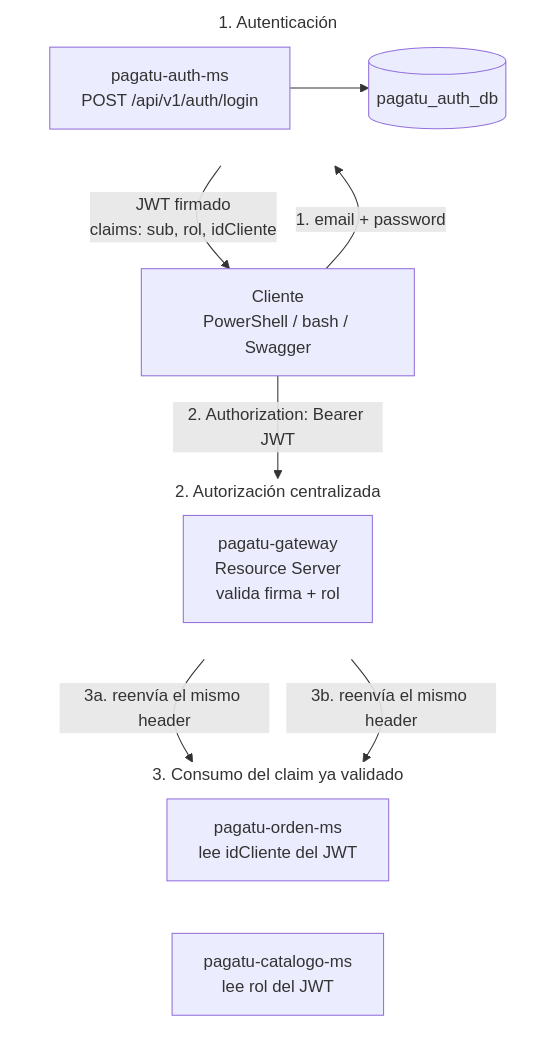
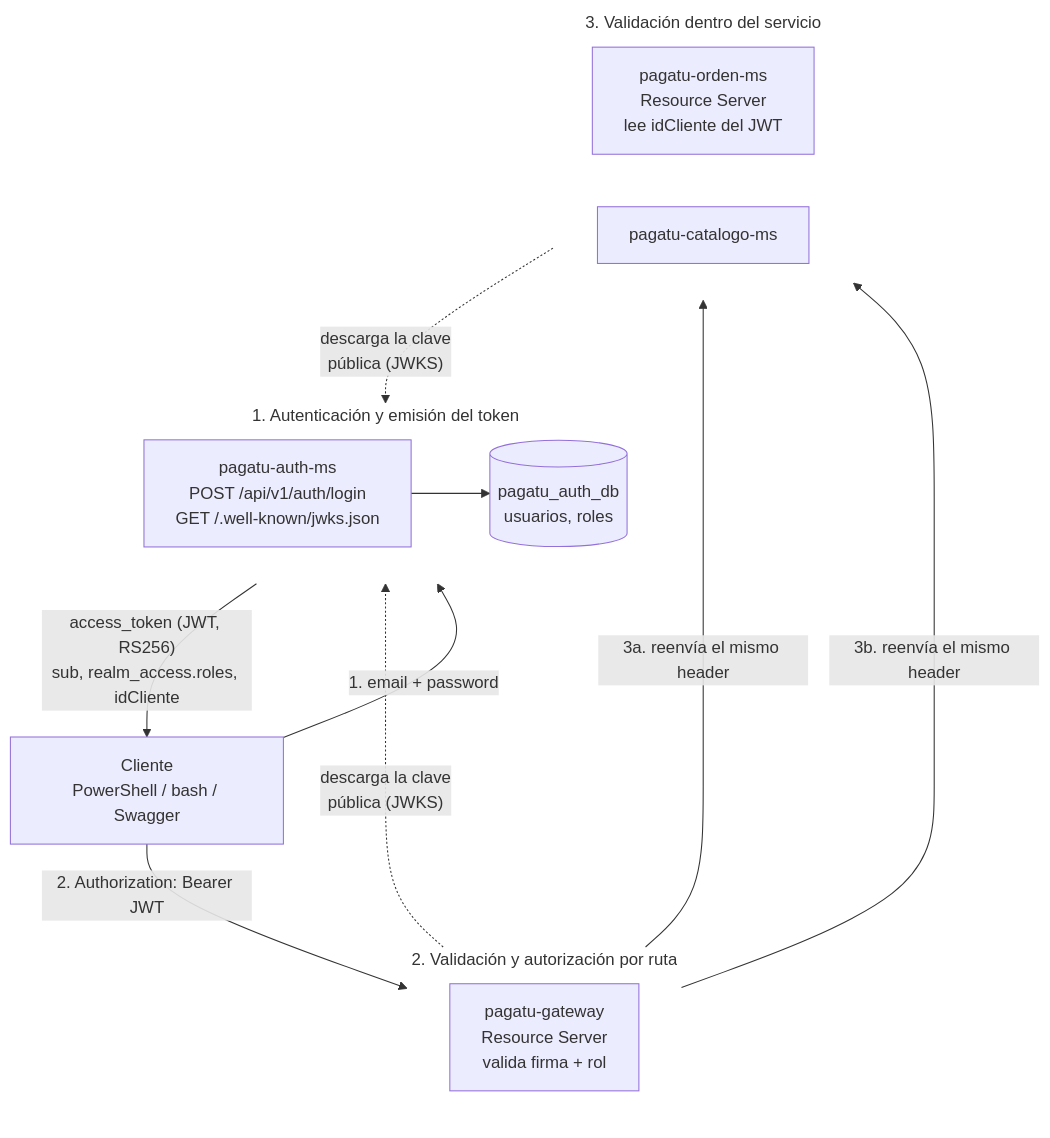
One commit to 262dist/pagatu changed the second of 7 diagrams in docs/sesiones/S07_Seguridad_Distribuida_Control_Acceso.md. Above: the diagram before and after it, drawn with Mermaid. The commit also changed other lines of this file and 3 other files, not shown here.

````diff
--- a/docs/sesiones/S07_Seguridad_Distribuida_Control_Acceso.md
+++ b/docs/sesiones/S07_Seguridad_Distribuida_Control_Acceso.md
@@ -120,32 +131,34 @@
 ```mermaid
 flowchart TB
     Cliente["Cliente<br/>PowerShell / bash / Swagger"]
 
-    subgraph Paso1["1. Autenticación"]
+    subgraph Paso1["1. Autenticación y emisión del token"]
         direction LR
-        Auth["pagatu-auth-ms<br/>POST /api/v1/auth/login"]
-        AuthDB[("pagatu_auth_db")]
+        Auth["pagatu-auth-ms<br/>POST /api/v1/auth/login<br/>GET /.well-known/jwks.json"]
+        AuthDB[("pagatu_auth_db<br/>usuarios, roles")]
         Auth --> AuthDB
     end
 
-    subgraph Paso2["2. Autorización centralizada"]
+    subgraph Paso2["2. Validación y autorización por ruta"]
         direction LR
         GW["pagatu-gateway<br/>Resource Server<br/>valida firma + rol"]
     end
 
-    subgraph Paso3["3. Consumo del claim ya validado"]
+    subgraph Paso3["3. Validación dentro del servicio"]
         direction LR
-        Orden["pagatu-orden-ms<br/>lee idCliente del JWT"]
-        Catalogo["pagatu-catalogo-ms<br/>lee rol del JWT"]
+        Orden["pagatu-orden-ms<br/>Resource Server<br/>lee idCliente del JWT"]
+        Catalogo["pagatu-catalogo-ms"]
     end
 
     Cliente -->|"1. email + password"| Auth
-    Auth -->|"JWT firmado<br/>claims: sub, rol, idCliente"| Cliente
+    Auth -->|"access_token (JWT, RS256)<br/>sub, realm_access.roles, idCliente"| Cliente
     Cliente -->|"2. Authorization: Bearer JWT"| GW
     GW -->|"3a. reenvía el mismo header"| Orden
     GW -->|"3b. reenvía el mismo header"| Catalogo
+    GW -. "descarga la clave<br/>pública (JWKS)" .-> Auth
+    Orden -. "descarga la clave<br/>pública (JWKS)" .-> Auth
 
     style Paso1 fill:transparent,stroke:transparent
     style Paso2 fill:transparent,stroke:transparent
     style Paso3 fill:transparent,stroke:transparent
 ```
````
